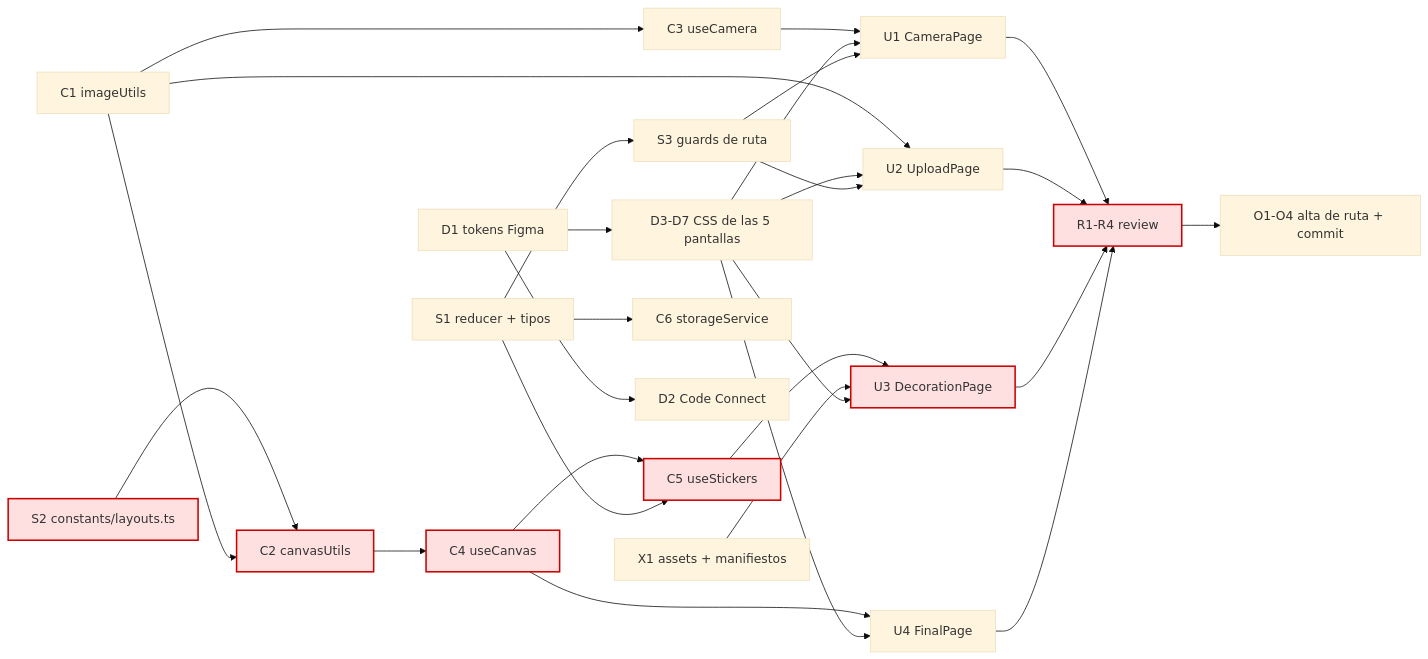
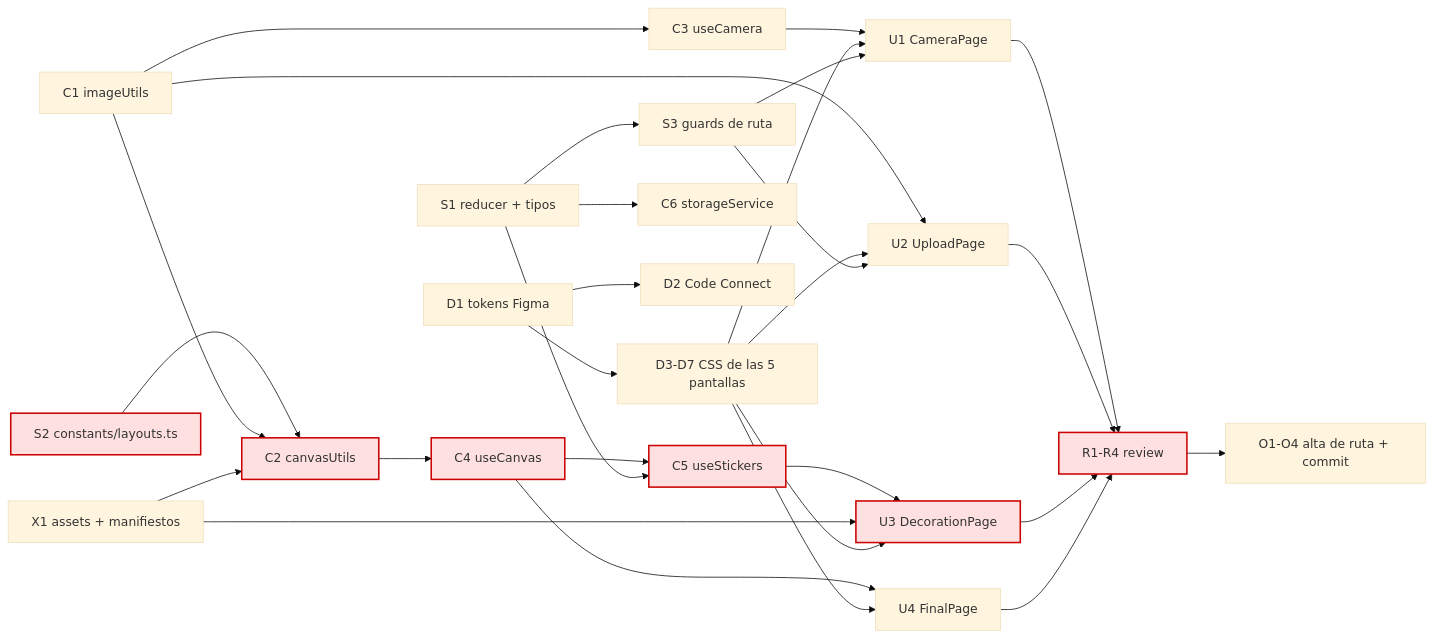
One commit to lylyam/cuteBooth changed the second of 2 diagrams in docs/orchestration/DAG.md. Above: the diagram before and after it, drawn with Mermaid (base theme). The commit also changed other lines of this file, not shown here.

````diff
--- a/docs/orchestration/DAG.md
+++ b/docs/orchestration/DAG.md
@@ -74,39 +74,40 @@
 ```mermaid
 graph LR
   S2[S2 constants/layouts.ts]:::crit
   S1[S1 reducer + tipos]
   C1[C1 imageUtils]
   D1[D1 tokens Figma]
   X1[X1 assets + manifiestos]
 
   S1 --> S3[S3 guards de ruta]
   S2 --> C2[C2 canvasUtils]:::crit
   C1 --> C2
+  X1 --> C2
   C1 --> C3[C3 useCamera]
   C2 --> C4[C4 useCanvas]:::crit
   C4 --> C5[C5 useStickers]:::crit
   S1 --> C5
   S1 --> C6[C6 storageService]
   D1 --> D2[D2 Code Connect]
   D1 --> DC[D3-D7 CSS de las 5 pantallas]
 
   C3 --> U1[U1 CameraPage]
   DC --> U1
   S3 --> U1
   C1 --> U2[U2 UploadPage]
   DC --> U2
   S3 --> U2
   C5 --> U3[U3 DecorationPage]:::crit
   X1 --> U3
   DC --> U3
   C4 --> U4[U4 FinalPage]
   DC --> U4
 
   U1 --> R[R1-R4 review]
   U2 --> R
   U3 --> R:::crit
   U4 --> R
   R --> O[O1-O4 alta de ruta + commit]
 
   classDef crit fill:#ffe0e0,stroke:#c00,stroke-width:2px;
 ```
````
